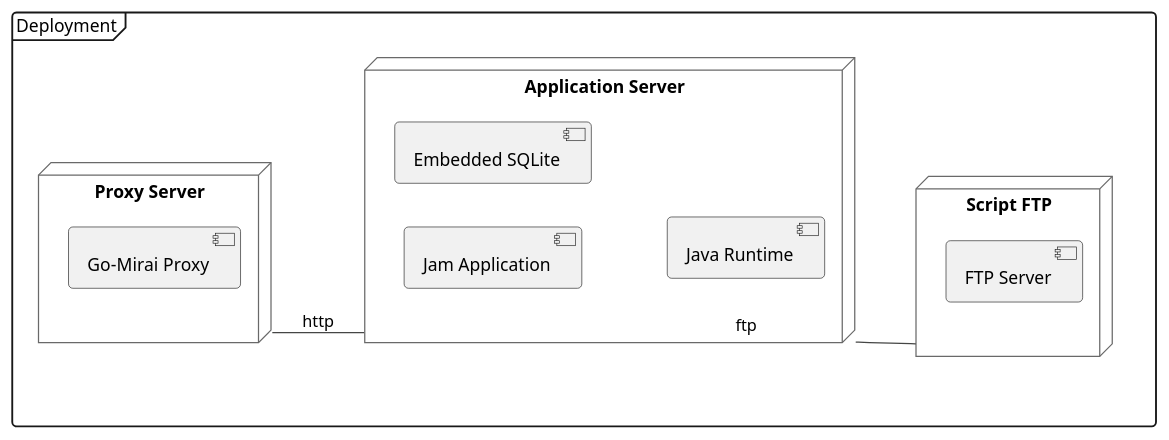
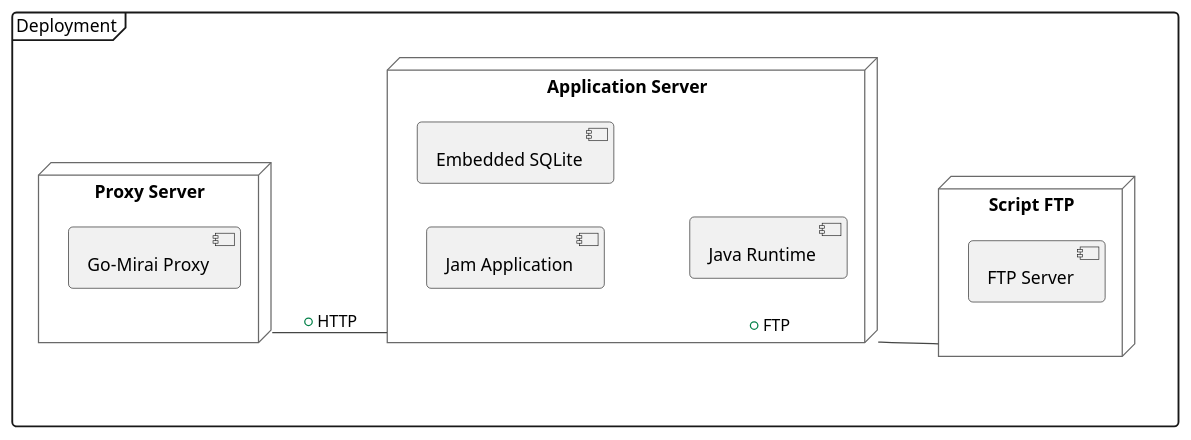
Before and after one commit to SinarPandora/UML-Practice: the diagram in diagram/deployment.puml, drawn with PlantUML. The commit also changed 2 other files, not shown here.

Commit message:
Update part of diagrams

```diff
--- a/diagram/deployment.puml
+++ b/diagram/deployment.puml
@@ -1,25 +1,25 @@
 @startuml
 !theme vibrant
 skinparam style strictuml
 mainframe Deployment
 
 left to right direction
 
 node "Proxy Server" as proxy {
     [Go-Mirai Proxy]
 }
 
 node "Application Server" as app {
   [Jam Application] as jam
   [Embedded SQLite] as db
   [Java Runtime] as rt
 }
 
 node "Script FTP" as ftp {
   [FTP Server]
 }
 
-proxy -- app : http
-app --- ftp : ftp
+proxy -- app : +HTTP
+app --- ftp : +FTP
 
 @enduml
```
